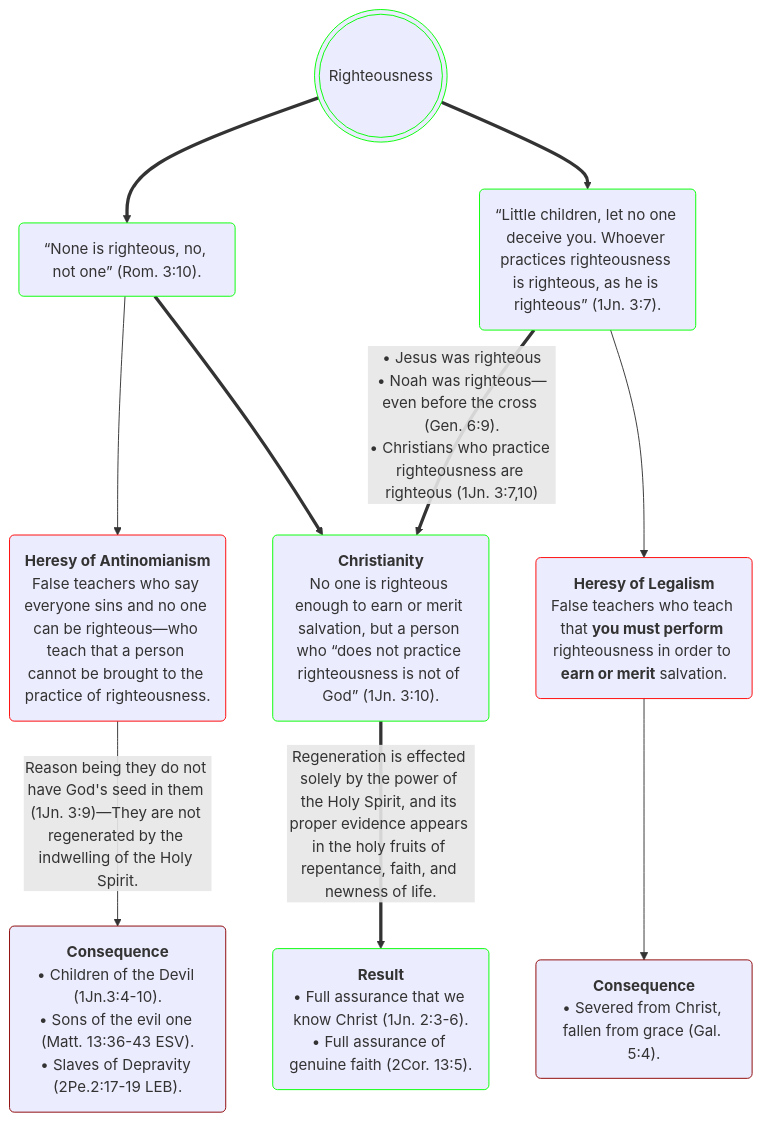
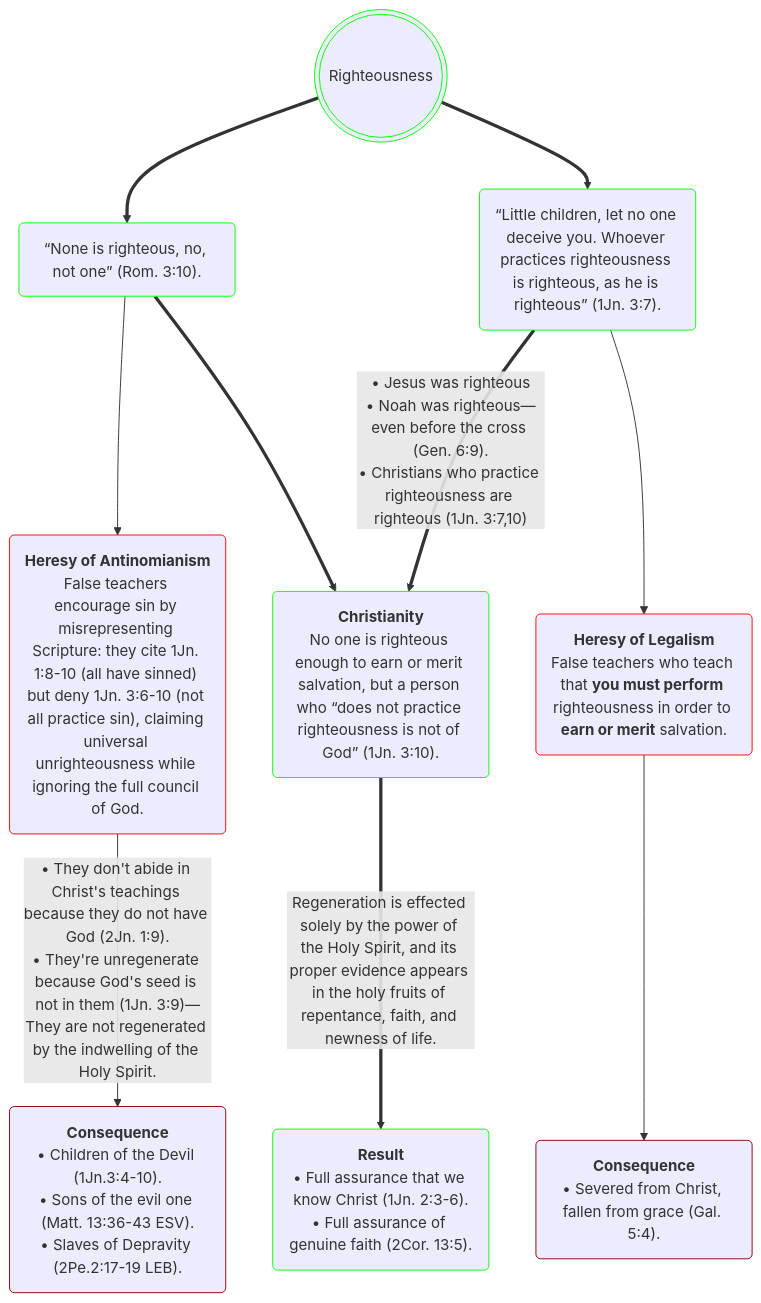
Before and after one commit to OrdoLuminis/ordoluminis.github.io: the diagram in _posts/2026-05-23-righteousness.markdown, drawn with Mermaid. The commit also changed other lines of this file, not shown here.

Commit message:
better wording

````diff
--- a/_posts/2026-05-23-righteousness.markdown
+++ b/_posts/2026-05-23-righteousness.markdown
@@ -46,16 +46,16 @@
 ```mermaid
 flowchart TD
     A(((Righteousness))):::green
     A ==> B(&ldquo;None is righteous, no, not one&rdquo; &lpar;Rom. 3:10&rpar;.):::green
     A ==> C(&ldquo;Little children, let no one deceive you. Whoever practices righteousness is righteous, as he is righteous&rdquo; &lpar;1Jn. 3:7&rpar;.):::green
-    B --> D(<strong>Heresy of Antinomianism</strong><br>False teachers who say everyone sins and no one can be righteous&mdash;who teach that a person cannot be brought to the practice of righteousness.):::red
+    B --> D(<strong>Heresy of Antinomianism</strong><br>False teachers encourage sin by misrepresenting Scripture: they cite 1Jn. 1:8-10 &lpar;all have sinned&rpar; but deny 1Jn. 3:6-10 &lpar;not all practice sin&rpar;, claiming universal unrighteousness while ignoring the full council of God.):::red
     C --> E(<strong>Heresy of Legalism</strong><br>False teachers who teach that <strong>you must perform</strong> righteousness in order to <strong>earn or merit</strong> salvation.):::red
     B ==> F(<strong>Christianity</strong><br>No one is righteous enough to earn or merit salvation, but a person who &ldquo;does not practice righteousness is not of God&rdquo; &lpar;1Jn. 3:10&rpar;.):::green
     C ==>|&bull; Jesus was righteous<br>&bull; Noah was righteous&mdash;even before the cross &lpar;Gen. 6:9&rpar;.<br>&bull; Christians who practice righteousness are righteous &lpar;1Jn. 3:7,10&rpar;| F
-    D -->|Reason being they do not have God's seed in them &lpar;1Jn. 3:9&rpar;&mdash;They are not regenerated by the indwelling of the Holy Spirit.| G(<strong>Consequence</strong><br>&bull; Children of the Devil &lpar;1Jn.3:4-10&rpar;.<br>&bull; Sons of the evil one &lpar;Matt. 13:36-43 ESV&rpar;.<br>&bull; Slaves of Depravity &lpar;2Pe.2:17-19 LEB&rpar;.):::darkred
+    D -->|&bull; They don't abide in Christ's teachings because they do not have God &lpar;2Jn. 1:9&rpar;.<br>&bull; They're unregenerate because God's seed is not in them &lpar;1Jn. 3:9&rpar;&mdash;They are not regenerated by the indwelling of the Holy Spirit.| G(<strong>Consequence</strong><br>&bull; Children of the Devil &lpar;1Jn.3:4-10&rpar;.<br>&bull; Sons of the evil one &lpar;Matt. 13:36-43 ESV&rpar;.<br>&bull; Slaves of Depravity &lpar;2Pe.2:17-19 LEB&rpar;.):::darkred
     E --> H(<strong>Consequence</strong><br>&bull; Severed from Christ, fallen from grace &lpar;Gal. 5:4&rpar;.):::darkred
     F ==>|Regeneration is effected solely by the power of the Holy Spirit, and its proper evidence appears in the holy fruits of repentance, faith, and newness of life.| I(<strong>Result</strong><br>&bull; Full assurance that we know Christ &lpar;1Jn. 2:3-6&rpar;.<br>&bull; Full assurance of genuine faith &lpar;2Cor. 13:5&rpar;. ):::green
     classDef red stroke:#f00
     classDef green stroke:#0f0
     classDef darkred stroke:#8B0000
 ```
````
